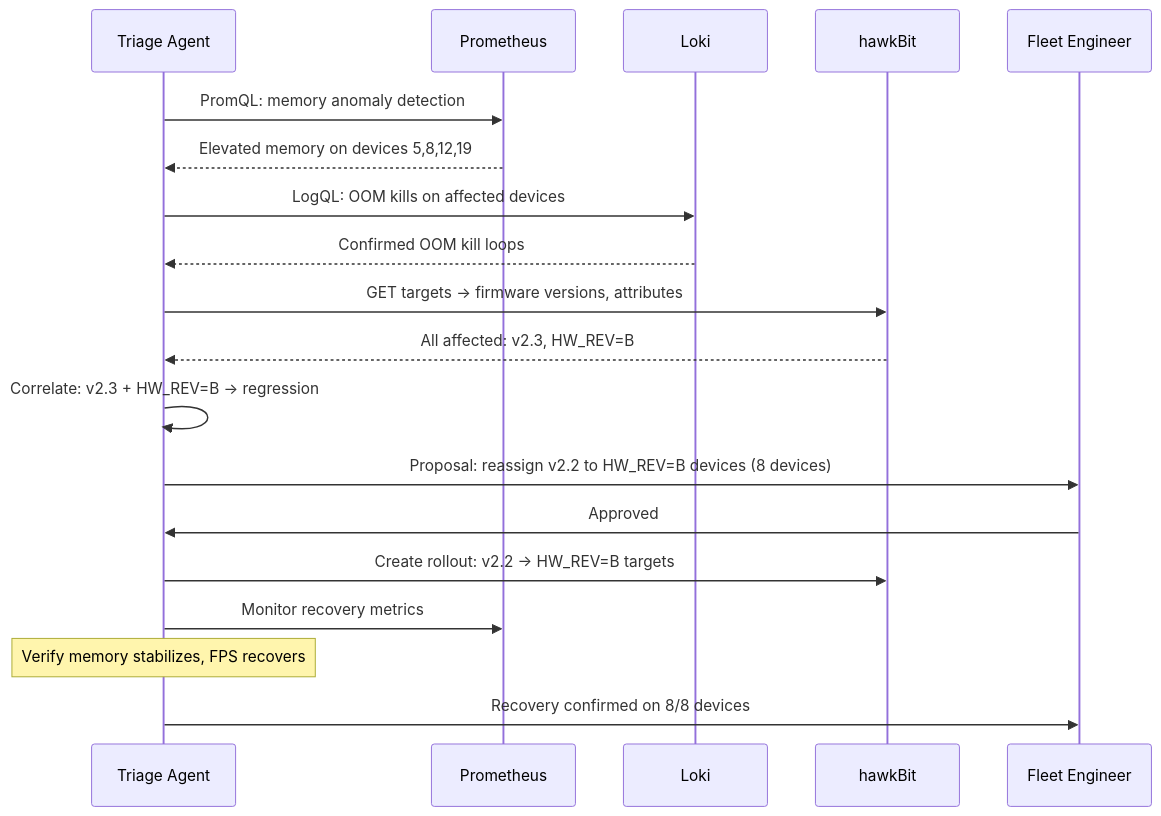
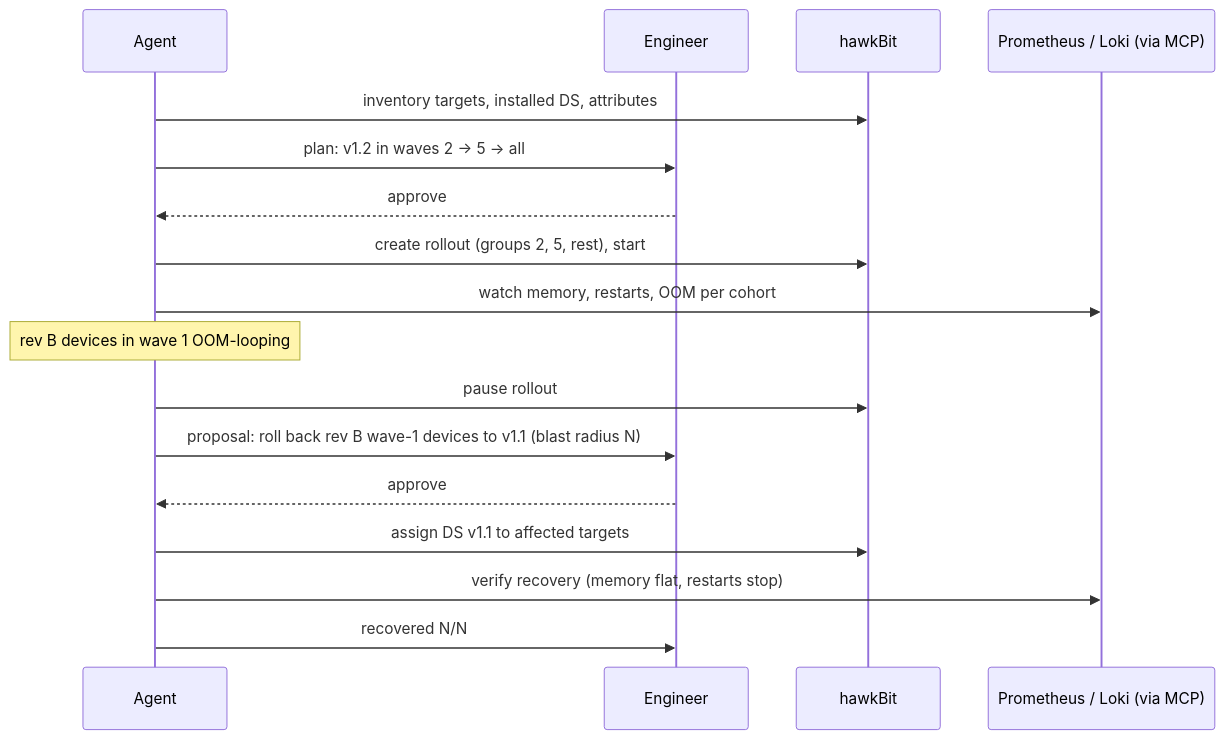
Before and after one commit to phoenixsac/wavebreak: the eighth of 8 diagrams in docs/architecture.md, drawn with Mermaid. The commit also changed other lines of this file and 10 other files, not shown here.

````diff
--- a/docs/architecture.md
+++ b/docs/architecture.md
@@ -224,24 +297,20 @@
 ```mermaid
 sequenceDiagram
-    participant Agent as Triage Agent
-    participant Prom as Prometheus
-    participant Loki as Loki
+    participant Ag as Agent
+    participant Eng as Engineer
     participant HB as hawkBit
-    participant Eng as Fleet Engineer
+    participant Obs as Prometheus / Loki (via MCP)
 
-    Agent->>Prom: PromQL: memory anomaly detection
-    Prom-->>Agent: Elevated memory on devices 5,8,12,19
-    Agent->>Loki: LogQL: OOM kills on affected devices
-    Loki-->>Agent: Confirmed OOM kill loops
-    Agent->>HB: GET targets → firmware versions, attributes
-    HB-->>Agent: All affected: v2.3, HW_REV=B
-    Agent->>Agent: Correlate: v2.3 + HW_REV=B → regression
-
-    Agent->>Eng: Proposal: reassign v2.2 to HW_REV=B devices (8 devices)
-    Eng->>Agent: Approved
-
-    Agent->>HB: Create rollout: v2.2 → HW_REV=B targets
-    Agent->>Prom: Monitor recovery metrics
-    Note over Agent: Verify memory stabilizes, FPS recovers
-    Agent->>Eng: Recovery confirmed on 8/8 devices
+    Ag->>HB: inventory targets, installed DS, attributes
+    Ag->>Eng: plan: v1.2 in waves 2 → 5 → all
+    Eng-->>Ag: approve
+    Ag->>HB: create rollout (groups 2, 5, rest), start
+    Ag->>Obs: watch memory, restarts, OOM per cohort
+    Note over Ag: rev B devices in wave 1 OOM-looping
+    Ag->>HB: pause rollout
+    Ag->>Eng: proposal: roll back rev B wave-1 devices to v1.1 (blast radius N)
+    Eng-->>Ag: approve
+    Ag->>HB: assign DS v1.1 to affected targets
+    Ag->>Obs: verify recovery (memory flat, restarts stop)
+    Ag->>Eng: recovered N/N
 ```
````
